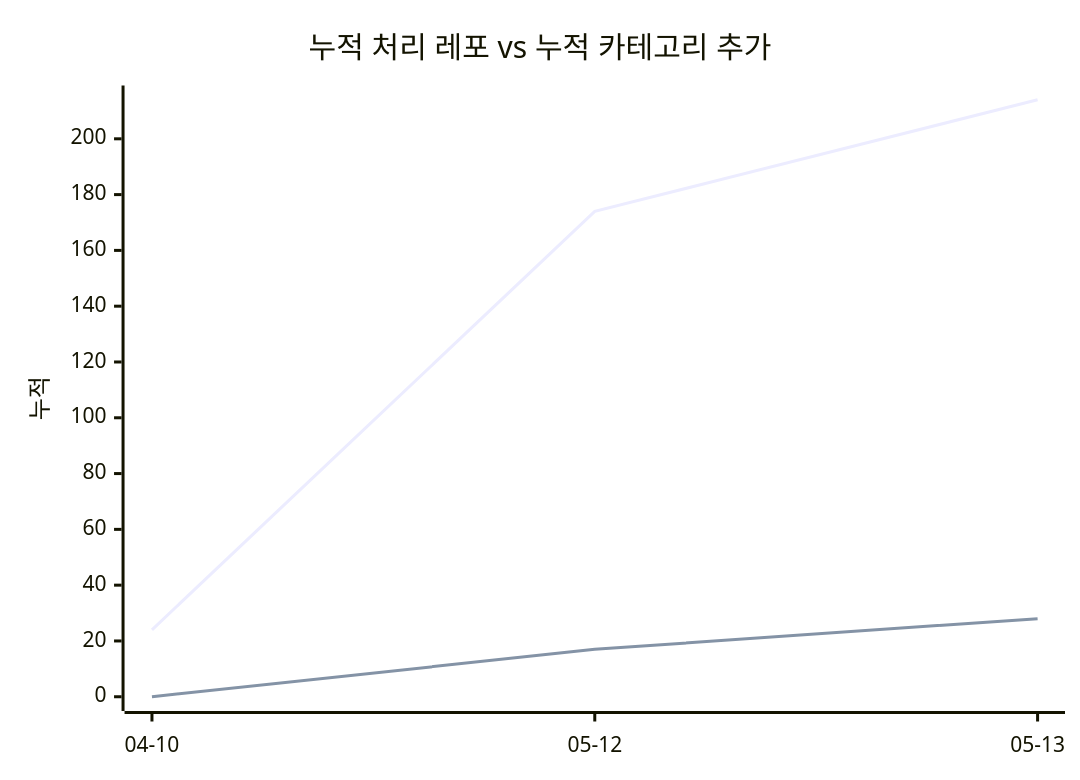
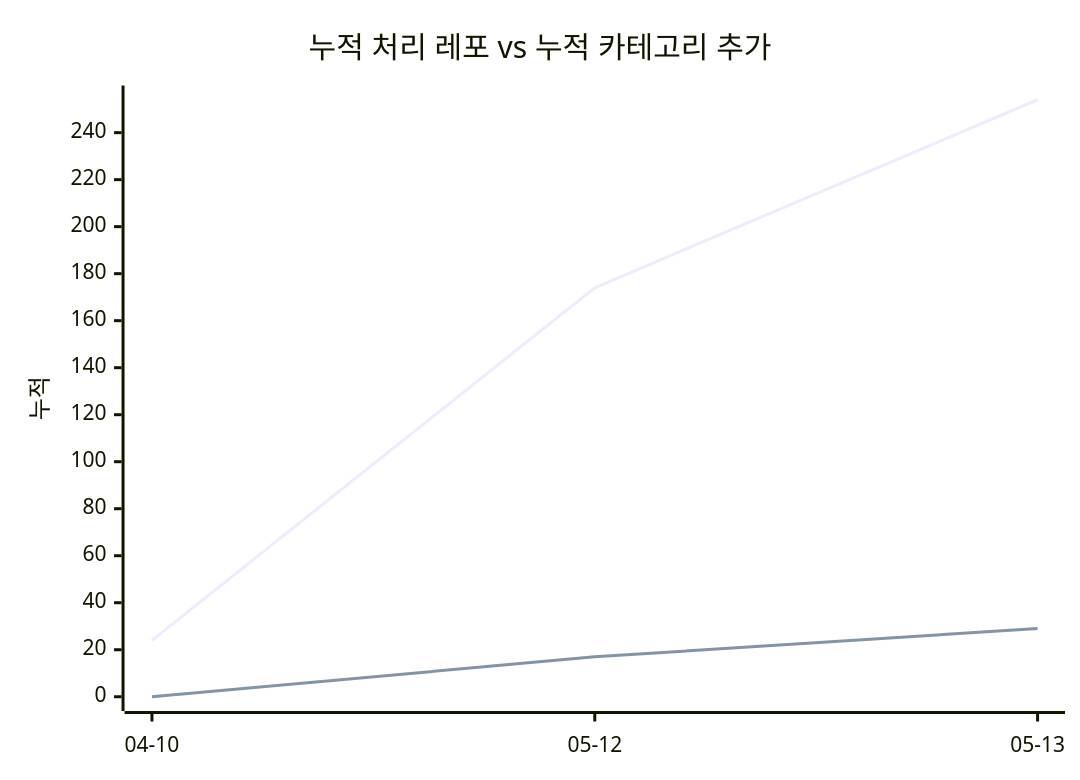
The second of 2 diagrams in docs/trends.md (J-nowcow/awesome-korean-agent-skills), drawn with Mermaid before and after one commit. The commit also changed other lines of this file and 3 other files, not shown here.

````diff
--- a/docs/trends.md
+++ b/docs/trends.md
@@ -57,8 +57,8 @@
 ```mermaid
 xychart-beta
     title "누적 처리 레포 vs 누적 카테고리 추가"
     x-axis ["04-10","05-12","05-13"]
     y-axis "누적"
-    line [24,174,214]
-    line [0,17,28]
+    line [24,174,254]
+    line [0,17,29]
 ```
````
